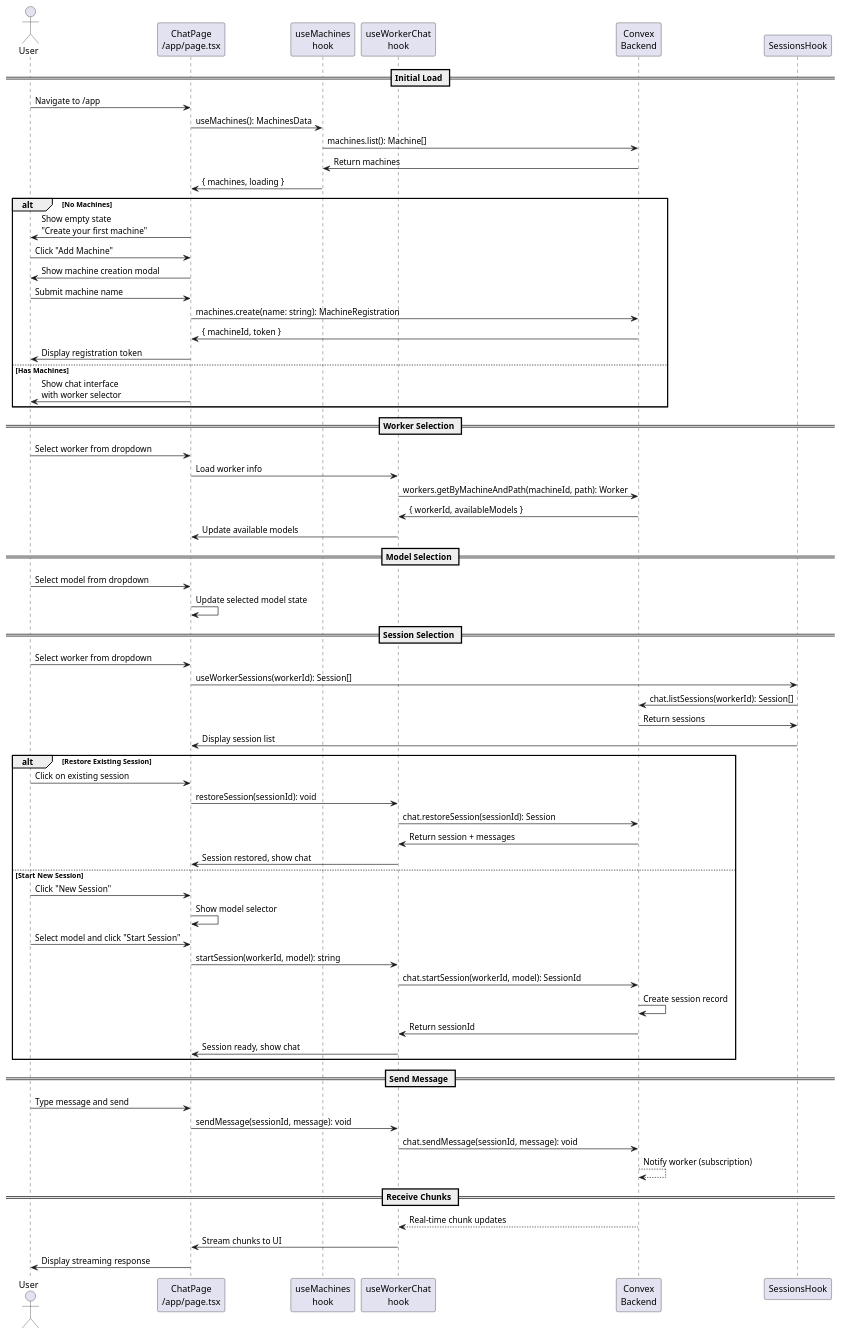
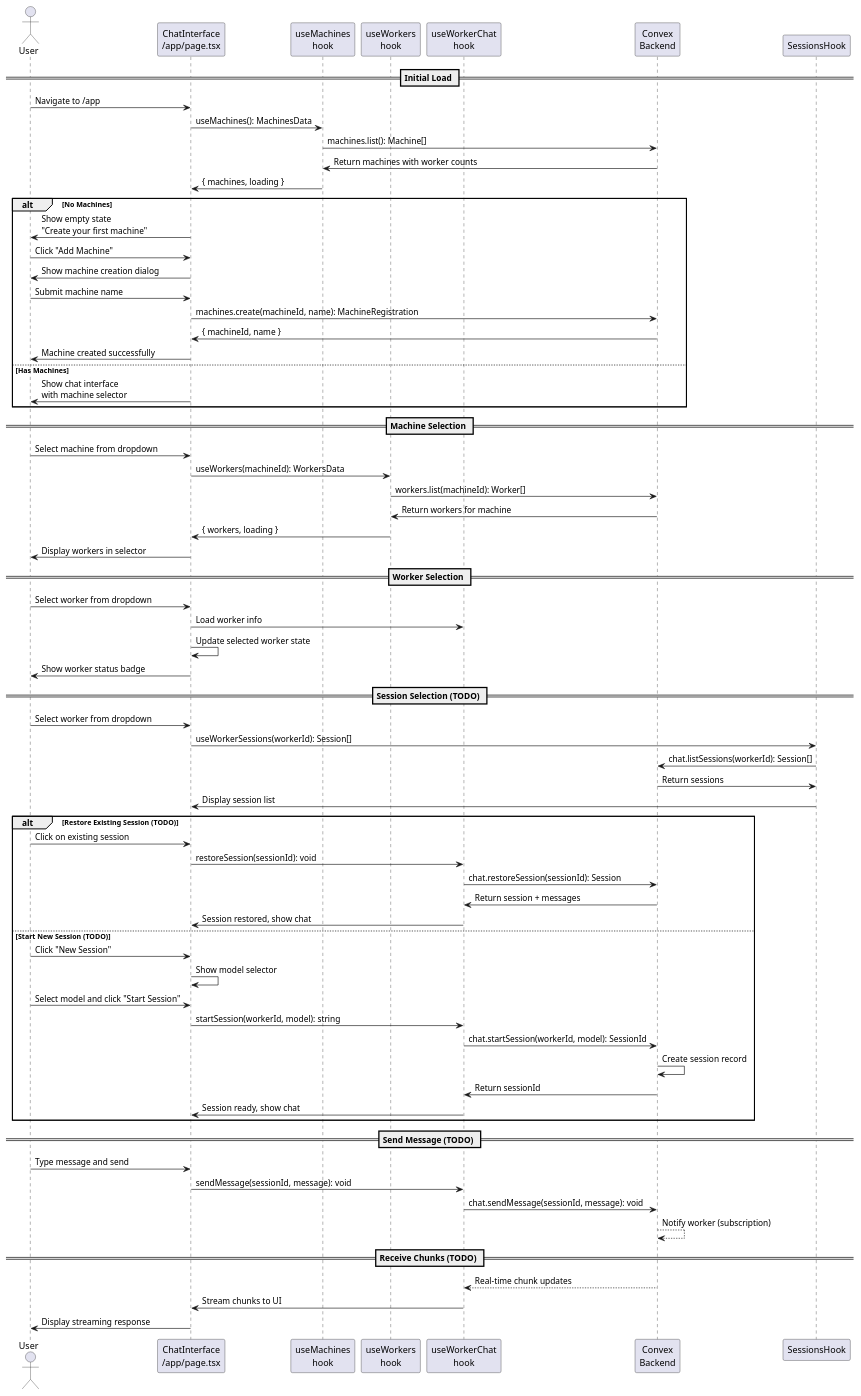
One commit to conradkoh/opencode-orchestrator changed the diagram in codemaps/worker-chat-ui.codemap.md. Above: the diagram before and after it, drawn with PlantUML. The commit also changed other lines of this file, not shown here.

First line of the commit message:
docs: update worker-chat-ui codemap to reflect current implementation

````diff
--- a/codemaps/worker-chat-ui.codemap.md
+++ b/codemaps/worker-chat-ui.codemap.md
@@ -20,75 +26,79 @@
 ```plantuml
 @startuml
 actor User
-participant "ChatPage\n/app/page.tsx" as Page
+participant "ChatInterface\n/app/page.tsx" as Page
 participant "useMachines\nhook" as MachinesHook
+participant "useWorkers\nhook" as WorkersHook
 participant "useWorkerChat\nhook" as ChatHook
 participant "Convex\nBackend" as Backend
 
 == Initial Load ==
 User -> Page: Navigate to /app
 Page -> MachinesHook: useMachines(): MachinesData
 MachinesHook -> Backend: machines.list(): Machine[]
-Backend -> MachinesHook: Return machines
+Backend -> MachinesHook: Return machines with worker counts
 MachinesHook -> Page: { machines, loading }
 
 alt No Machines
     Page -> User: Show empty state\n"Create your first machine"
     User -> Page: Click "Add Machine"
-    Page -> User: Show machine creation modal
+    Page -> User: Show machine creation dialog
     User -> Page: Submit machine name
-    Page -> Backend: machines.create(name: string): MachineRegistration
-    Backend -> Page: { machineId, token }
-    Page -> User: Display registration token
+    Page -> Backend: machines.create(machineId, name): MachineRegistration
+    Backend -> Page: { machineId, name }
+    Page -> User: Machine created successfully
 else Has Machines
-    Page -> User: Show chat interface\nwith worker selector
+    Page -> User: Show chat interface\nwith machine selector
 end
+
+== Machine Selection ==
+User -> Page: Select machine from dropdown
+Page -> WorkersHook: useWorkers(machineId): WorkersData
+WorkersHook -> Backend: workers.list(machineId): Worker[]
+Backend -> WorkersHook: Return workers for machine
+WorkersHook -> Page: { workers, loading }
+Page -> User: Display workers in selector
 
 == Worker Selection ==
 User -> Page: Select worker from dropdown
 Page -> ChatHook: Load worker info
-ChatHook -> Backend: workers.getByMachineAndPath(machineId, path): Worker
-Backend -> ChatHook: { workerId, availableModels }
-ChatHook -> Page: Update available models
+Page -> Page: Update selected worker state
+Page -> User: Show worker status badge
 
-== Model Selection ==
-User -> Page: Select model from dropdown
-Page -> Page: Update selected model state
-
-== Session Selection ==
+== Session Selection (TODO) ==
 User -> Page: Select worker from dropdown
 Page -> SessionsHook: useWorkerSessions(workerId): Session[]
 SessionsHook -> Backend: chat.listSessions(workerId): Session[]
 Backend -> SessionsHook: Return sessions
 SessionsHook -> Page: Display session list
 
-alt Restore Existing Session
+alt Restore Existing Session (TODO)
     User -> Page: Click on existing session
     Page -> ChatHook: restoreSession(sessionId): void
     ChatHook -> Backend: chat.restoreSession(sessionId): Session
     Backend -> ChatHook: Return session + messages
     ChatHook -> Page: Session restored, show chat
-else Start New Session
+else Start New Session (TODO)
     User -> Page: Click "New Session"
     Page -> Page: Show model selector
     User -> Page: Select model and click "Start Session"
     Page -> ChatHook: startSession(workerId, model): string
     ChatHook -> Backend: chat.startSession(workerId, model): SessionId
     Backend -> Backend: Create session record
     Backend -> ChatHook: Return sessionId
     ChatHook -> Page: Session ready, show chat
 end
 
-== Send Message ==
+== Send Message (TODO) ==
 User -> Page: Type message and send
 Page -> ChatHook: sendMessage(sessionId, message): void
 ChatHook -> Backend: chat.sendMessage(sessionId, message): void
 Backend --> Backend: Notify worker (subscription)
 
-== Receive Chunks ==
+== Receive Chunks (TODO) ==
 Backend --> ChatHook: Real-time chunk updates
 ChatHook -> Page: Stream chunks to UI
 Page -> User: Display streaming response
 
 @enduml
 ```
````
